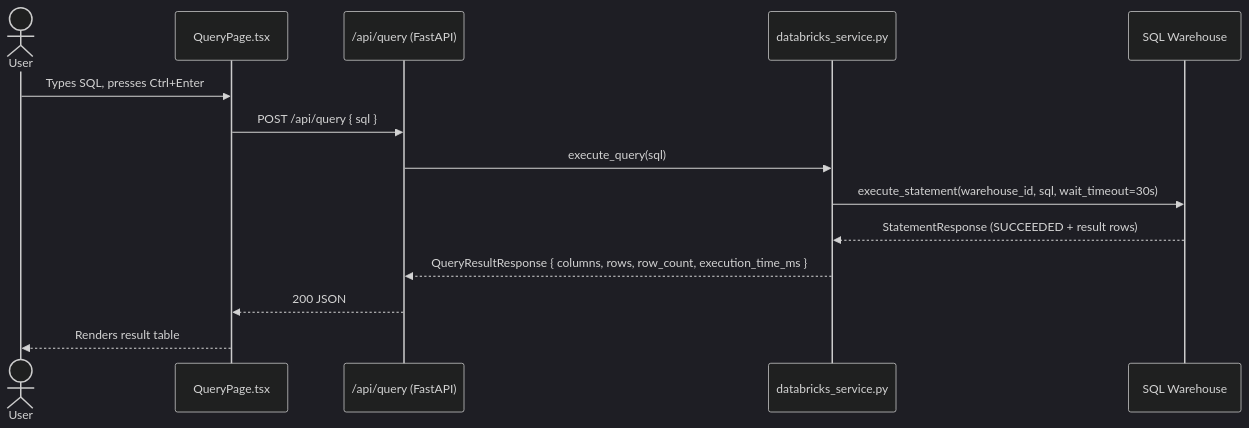
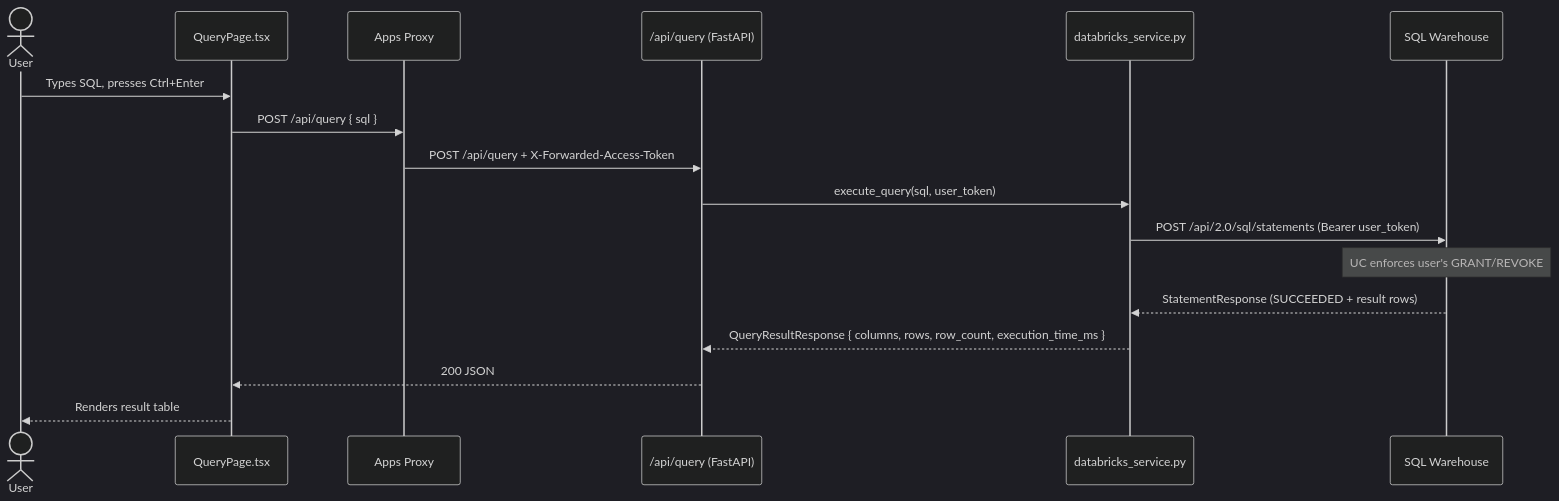
Before and after one commit to steve-kaschimer-slalom/databricks-sandbox-2: the first of 5 diagrams in docs/diagrams.md, drawn with Mermaid (dark theme). The commit also changed other lines of this file and 5 other files, not shown here.

````diff
--- a/docs/diagrams.md
+++ b/docs/diagrams.md
@@ -7,17 +7,20 @@
 ```mermaid
 sequenceDiagram
     actor User
     participant QueryPage as QueryPage.tsx
+    participant AppsProxy as Apps Proxy
     participant API as /api/query (FastAPI)
     participant Service as databricks_service.py
     participant Warehouse as SQL Warehouse
 
     User->>QueryPage: Types SQL, presses Ctrl+Enter
-    QueryPage->>API: POST /api/query { sql }
-    API->>Service: execute_query(sql)
-    Service->>Warehouse: execute_statement(warehouse_id, sql, wait_timeout=30s)
+    QueryPage->>AppsProxy: POST /api/query { sql }
+    AppsProxy->>API: POST /api/query + X-Forwarded-Access-Token
+    API->>Service: execute_query(sql, user_token)
+    Service->>Warehouse: POST /api/2.0/sql/statements (Bearer user_token)
+    Note over Warehouse: UC enforces user's GRANT/REVOKE
     Warehouse-->>Service: StatementResponse (SUCCEEDED + result rows)
     Service-->>API: QueryResultResponse { columns, rows, row_count, execution_time_ms }
     API-->>QueryPage: 200 JSON
     QueryPage-->>User: Renders result table
 ```
````
